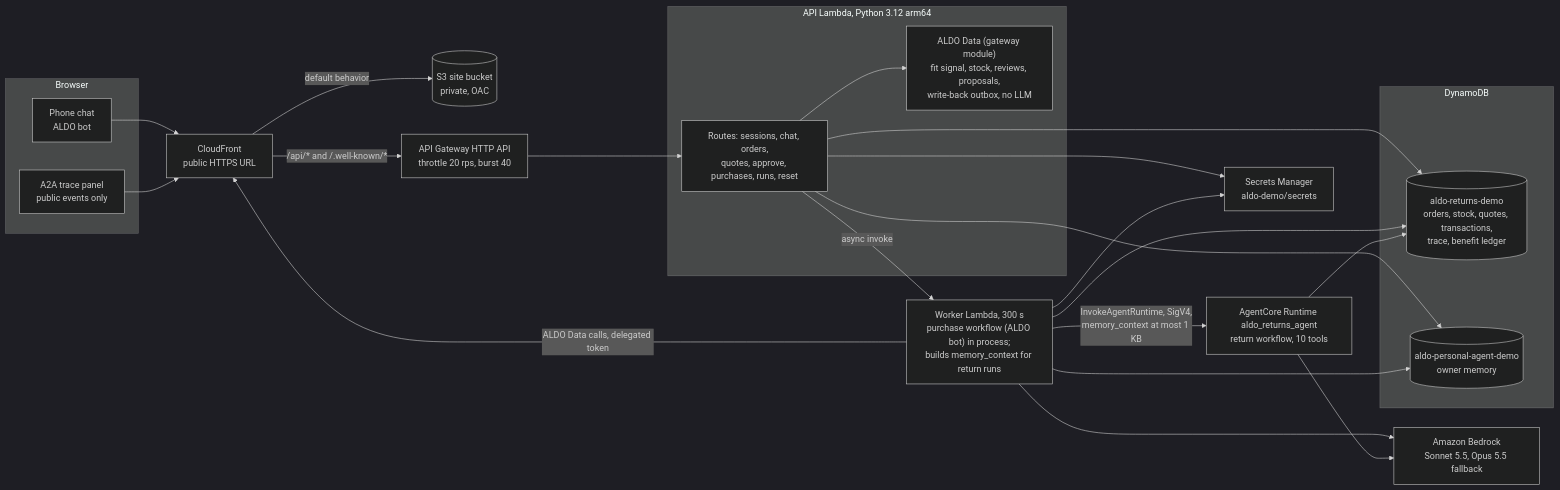
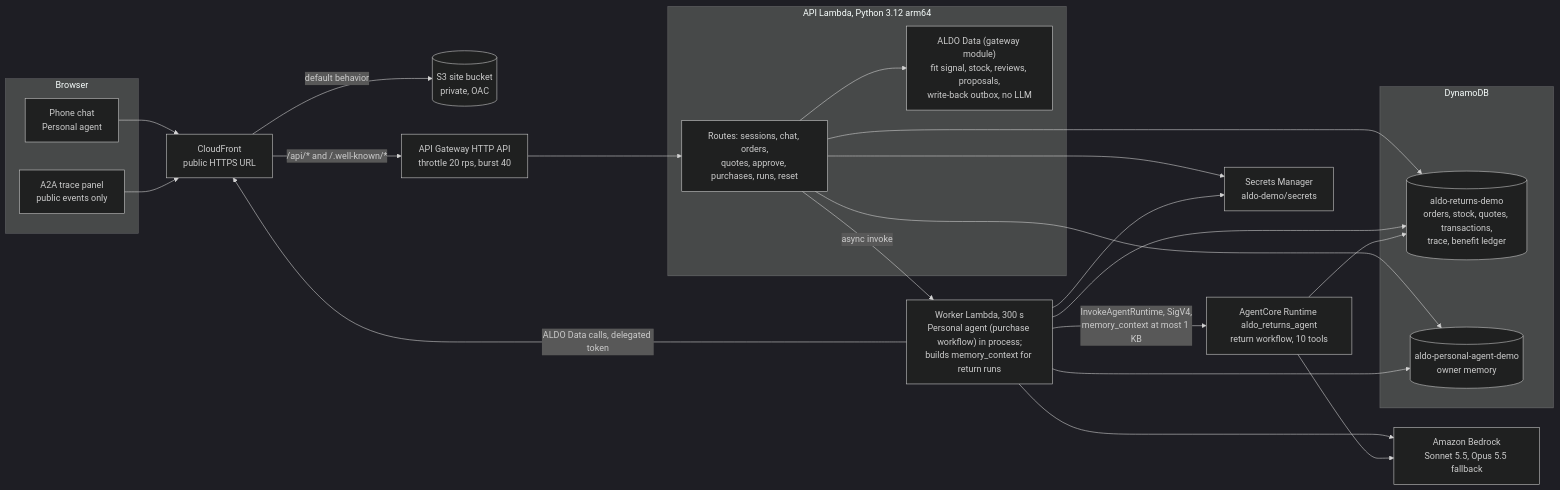
The second of 2 diagrams in README.md (MinsuKin/aldo-return-agent), drawn with Mermaid (dark theme) before and after one commit. The commit also changed other lines of this file and 111 other files, not shown here.

First line of the commit message:
Rename ALDO bot to Personal agent and the return side to ALDO agent

````diff
--- a/README.md
+++ b/README.md
@@ -74,45 +71,45 @@
 ```mermaid
 flowchart LR
     subgraph browser["Browser"]
-        phone["Phone chat<br/>ALDO bot"]
+        phone["Phone chat<br/>Personal agent"]
         trace["A2A trace panel<br/>public events only"]
     end
     cf["CloudFront<br/>public HTTPS URL"]
     s3[("S3 site bucket<br/>private, OAC")]
     apigw["API Gateway HTTP API<br/>throttle 20 rps, burst 40"]
 
     subgraph apiLambda["API Lambda, Python 3.12 arm64"]
         routes["Routes: sessions, chat, orders,<br/>quotes, approve, purchases, runs, reset"]
         gw["ALDO Data (gateway module)<br/>fit signal, stock, reviews, proposals,<br/>write-back outbox, no LLM"]
     end
 
-    worker["Worker Lambda, 300 s<br/>purchase workflow (ALDO bot) in process;<br/>builds memory_context for return runs"]
+    worker["Worker Lambda, 300 s<br/>Personal agent (purchase workflow) in process;<br/>builds memory_context for return runs"]
     rt["AgentCore Runtime aldo_returns_agent<br/>return workflow, 10 tools"]
 
     subgraph data["DynamoDB"]
         t1[("aldo-returns-demo<br/>orders, stock, quotes, transactions,<br/>trace, benefit ledger")]
         t2[("aldo-personal-agent-demo<br/>owner memory")]
     end
 
     sm["Secrets Manager<br/>aldo-demo/secrets"]
     br["Amazon Bedrock<br/>Sonnet 5.5, Opus 5.5 fallback"]
 
     phone --> cf
     trace --> cf
     cf -->|"default behavior"| s3
     cf -->|"/api/* and /.well-known/*"| apigw
     apigw --> routes
     routes --> gw
     routes -->|"async invoke"| worker
     worker -->|"InvokeAgentRuntime, SigV4,<br/>memory_context at most 1 KB"| rt
     worker -->|"ALDO Data calls, delegated token"| cf
     routes --> t1
     routes --> t2
     worker --> t1
     worker --> t2
     rt --> t1
     worker --> br
     rt --> br
     routes --> sm
     worker --> sm
 ```
````
